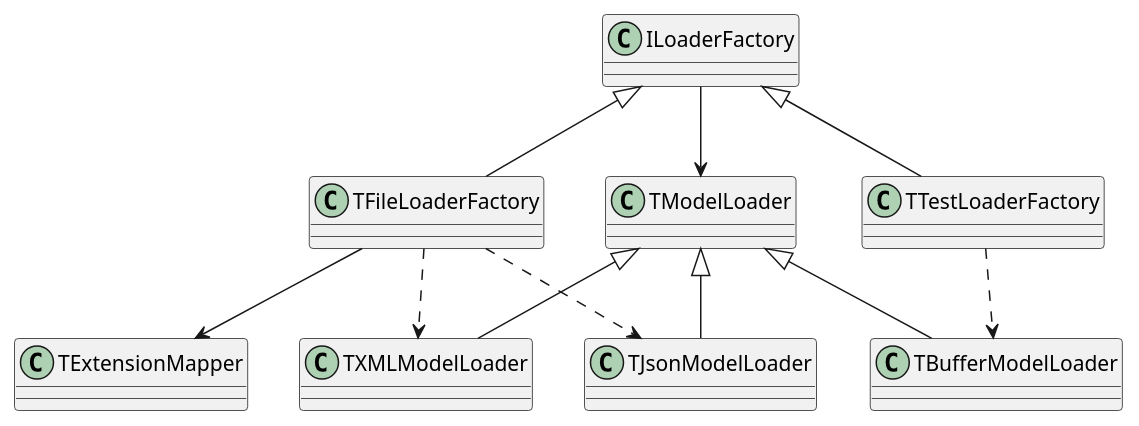
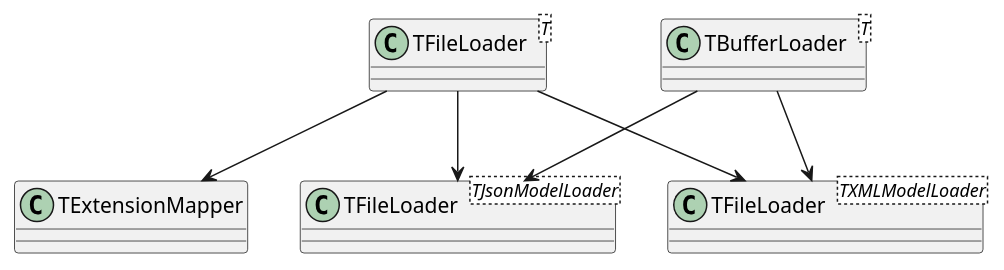
Before and after one commit to BearinxSimulationSuite/REXSapi: the diagram in design/loader.puml, drawn with PlantUML. The commit also changed 5 other files, not shown here.

Commit message:
Started xml model loader

```diff
--- a/design/loader.puml
+++ b/design/loader.puml
@@ -1,32 +1,21 @@
 @startuml loader
 
 class TExtensionMapper
 
-class TModelLoader
+class TFileLoader<T>
+class TBufferLoader<T>
 
-class TXMLModelLoader
+class "TFileLoader<TXMLModelLoader>" as ATXMLModelLoader
+class "TFileLoader<TJsonModelLoader>" as ATJsonModelLoader
 
-class TJsonModelLoader
+class "TBufferLoader<TXMLModelLoader>" as ATXMLModelLoader
+class "TBufferLoader<TJsonModelLoader>" as ATJsonModelLoader
 
-class TBufferModelLoader
+TFileLoader --> TExtensionMapper
+TFileLoader --> ATXMLModelLoader
+TFileLoader --> ATJsonModelLoader
 
-TModelLoader <|-- TXMLModelLoader
-TModelLoader <|-- TJsonModelLoader
-TModelLoader <|-- TBufferModelLoader
-
-class ILoaderFactory
-
-class TFileLoaderFactory
-class TTestLoaderFactory
-
-ILoaderFactory <|-- TFileLoaderFactory
-ILoaderFactory <|-- TTestLoaderFactory
-ILoaderFactory --> TModelLoader
-
-TFileLoaderFactory --> TExtensionMapper
-TFileLoaderFactory ..> TXMLModelLoader
-TFileLoaderFactory ..> TJsonModelLoader
-
-TTestLoaderFactory ..> TBufferModelLoader
+TBufferLoader --> ATXMLModelLoader
+TBufferLoader --> ATJsonModelLoader
 
 @enduml
```
